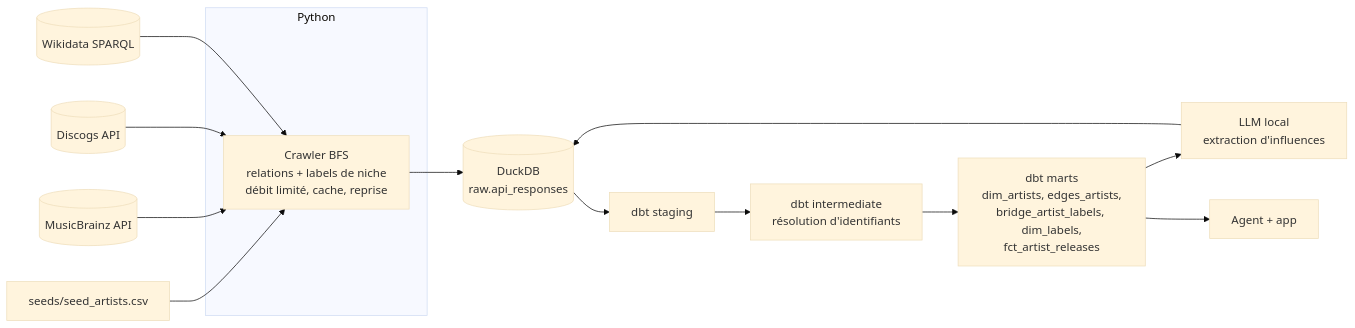
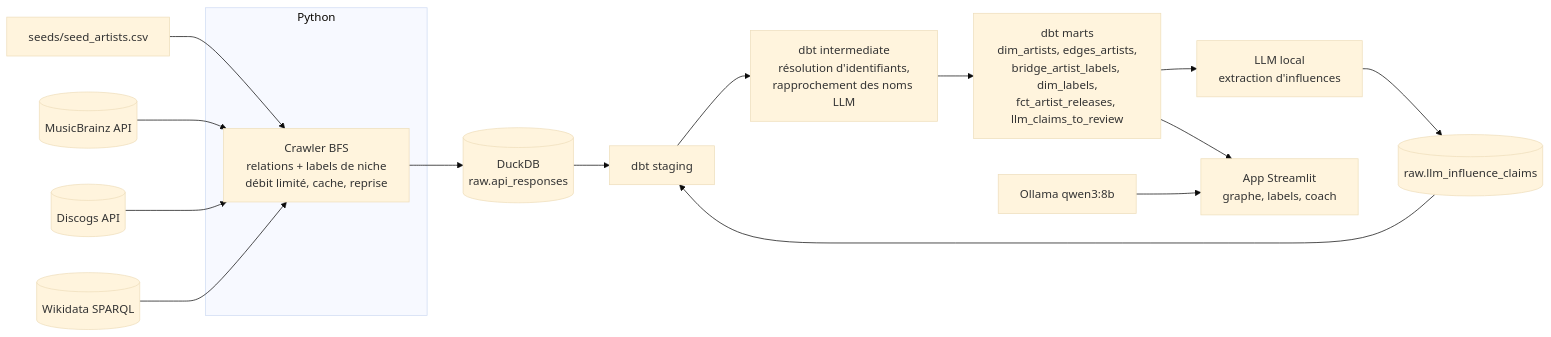
Before and after one commit to Mehdi210937/lineage: the diagram in README.md, drawn with Mermaid (base theme). The commit also changed other lines of this file and 3 other files, not shown here.

First line of the commit message:
Documenter l'app et les arêtes LLM dans le README

````diff
--- a/README.md
+++ b/README.md
@@ -13,15 +13,16 @@
 ```mermaid
 flowchart LR
     S[seeds/seed_artists.csv] --> C
     subgraph Ingestion [Python]
         C[Crawler BFS<br/>relations + labels de niche<br/>débit limité, cache, reprise]
     end
     MB[(MusicBrainz API)] --> C
     DG[(Discogs API)] --> C
     WD[(Wikidata SPARQL)] --> C
     C --> R[(DuckDB<br/>raw.api_responses)]
-    R --> STG[dbt staging] --> INT[dbt intermediate<br/>résolution d'identifiants] --> M[dbt marts<br/>dim_artists, edges_artists,<br/>bridge_artist_labels, dim_labels,<br/>fct_artist_releases]
+    R --> STG[dbt staging] --> INT[dbt intermediate<br/>résolution d'identifiants,<br/>rapprochement des noms LLM] --> M[dbt marts<br/>dim_artists, edges_artists,<br/>bridge_artist_labels, dim_labels,<br/>fct_artist_releases, llm_claims_to_review]
     M --> L[LLM local<br/>extraction d'influences]
-    L --> R
-    M --> A[Agent + app]
+    L --> LR[(raw.llm_influence_claims)] --> STG
+    M --> A[App Streamlit<br/>graphe, labels, coach]
+    O[Ollama qwen3:8b] --> A
 ```
````
